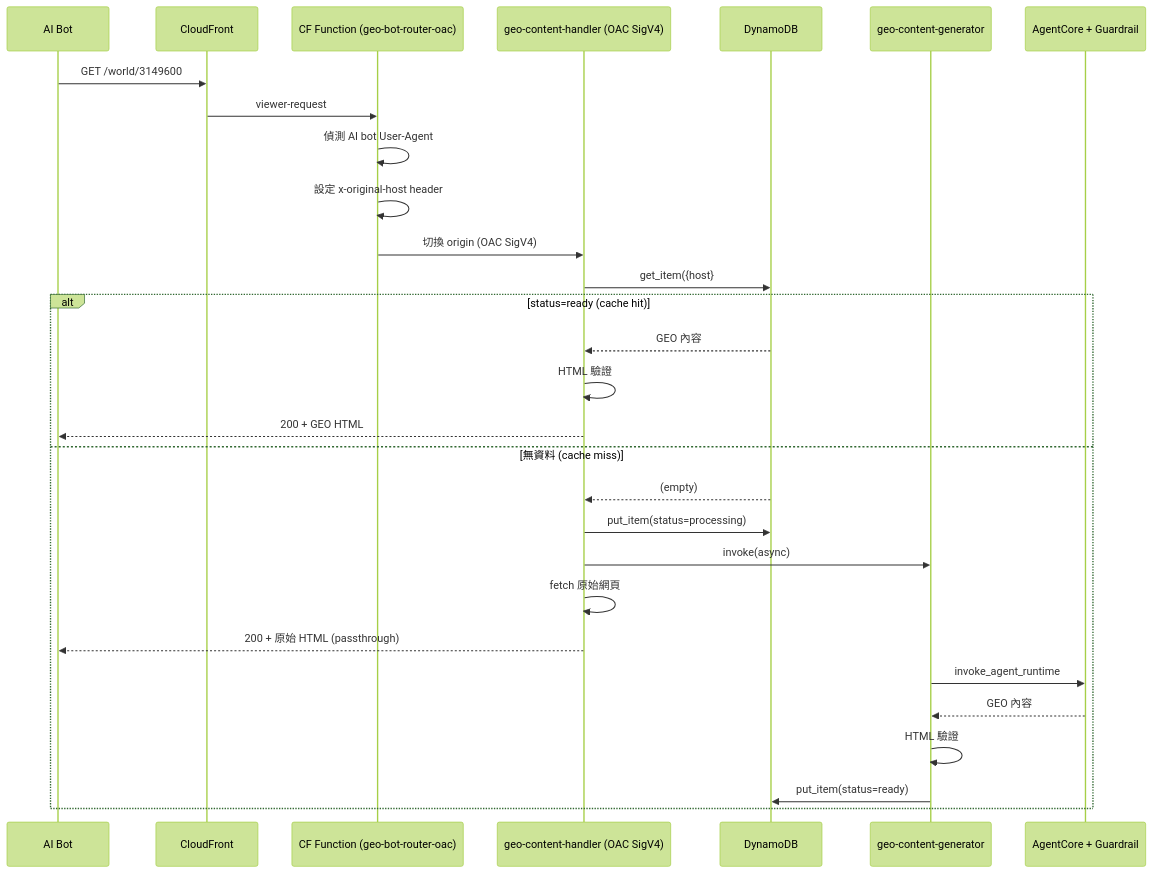
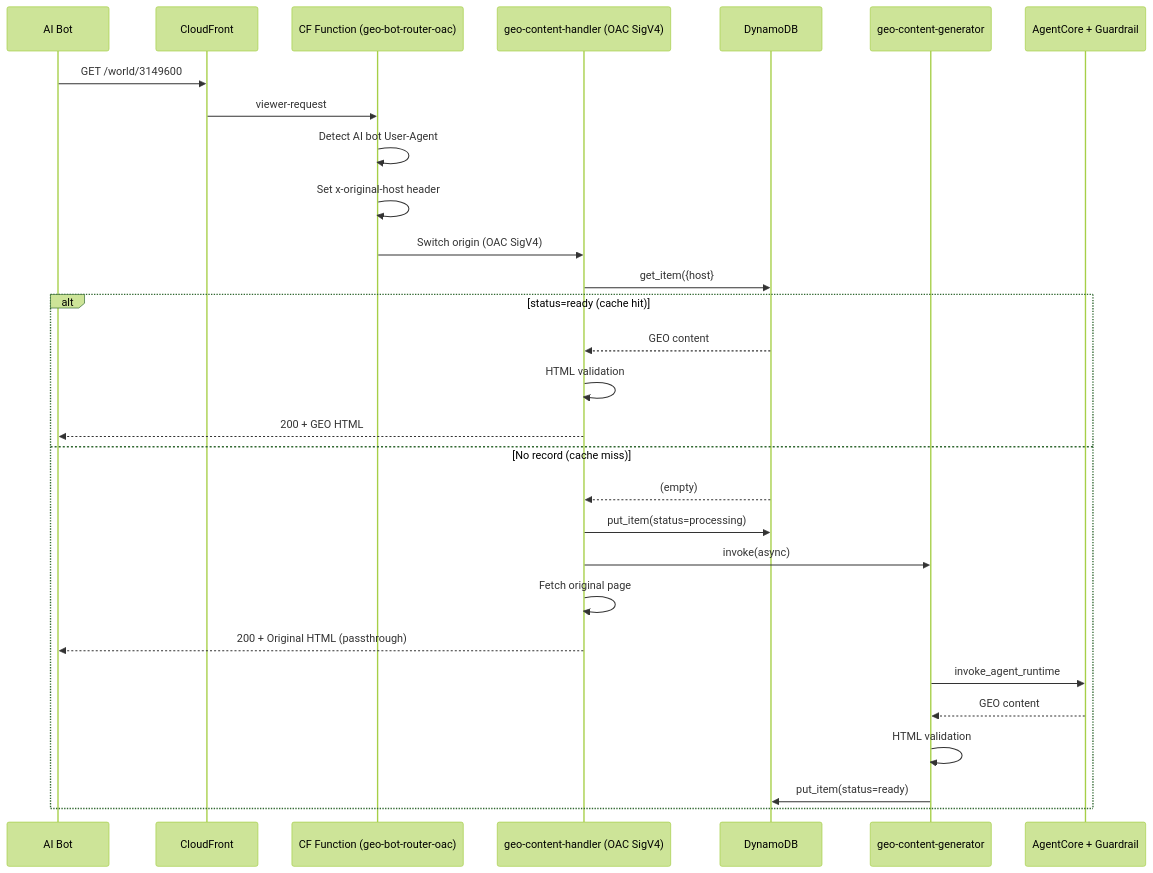
The second of 3 diagrams in docs/architecture.md (raywang1021/amazon-bedrock-agentcore-samples), drawn with Mermaid (forest theme) before and after one commit. The commit also changed other lines of this file and 3 other files, not shown here.

First line of the commit message:
docs: add English versions of README.md and architecture.md

````diff
--- a/docs/architecture.md
+++ b/docs/architecture.md
@@ -169,33 +171,33 @@
 ```mermaid
 sequenceDiagram
     participant Bot as AI Bot
     participant CF as CloudFront
     participant CFF as CF Function (geo-bot-router-oac)
     participant Lambda as geo-content-handler (OAC SigV4)
     participant DDB as DynamoDB
     participant Gen as geo-content-generator
     participant AC as AgentCore + Guardrail
 
     Bot->>CF: GET /world/3149600
     CF->>CFF: viewer-request
-    CFF->>CFF: 偵測 AI bot User-Agent
-    CFF->>CFF: 設定 x-original-host header
-    CFF->>Lambda: 切換 origin (OAC SigV4)
+    CFF->>CFF: Detect AI bot User-Agent
+    CFF->>CFF: Set x-original-host header
+    CFF->>Lambda: Switch origin (OAC SigV4)
     Lambda->>DDB: get_item({host}#path)
 
     alt status=ready (cache hit)
-        DDB-->>Lambda: GEO 內容
-        Lambda->>Lambda: HTML 驗證
+        DDB-->>Lambda: GEO content
+        Lambda->>Lambda: HTML validation
         Lambda-->>Bot: 200 + GEO HTML
-    else 無資料 (cache miss)
+    else No record (cache miss)
         DDB-->>Lambda: (empty)
         Lambda->>DDB: put_item(status=processing)
         Lambda->>Gen: invoke(async)
-        Lambda->>Lambda: fetch 原始網頁
-        Lambda-->>Bot: 200 + 原始 HTML (passthrough)
+        Lambda->>Lambda: Fetch original page
+        Lambda-->>Bot: 200 + Original HTML (passthrough)
         Gen->>AC: invoke_agent_runtime
-        AC-->>Gen: GEO 內容
-        Gen->>Gen: HTML 驗證
+        AC-->>Gen: GEO content
+        Gen->>Gen: HTML validation
         Gen->>DDB: put_item(status=ready)
     end
 ```
````
